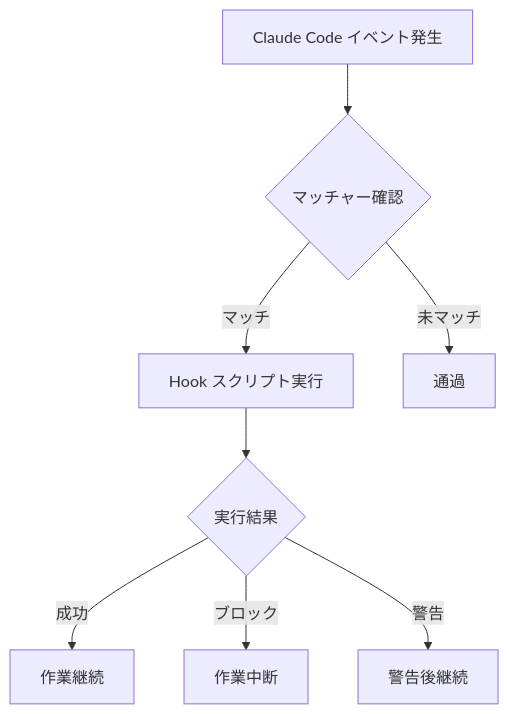
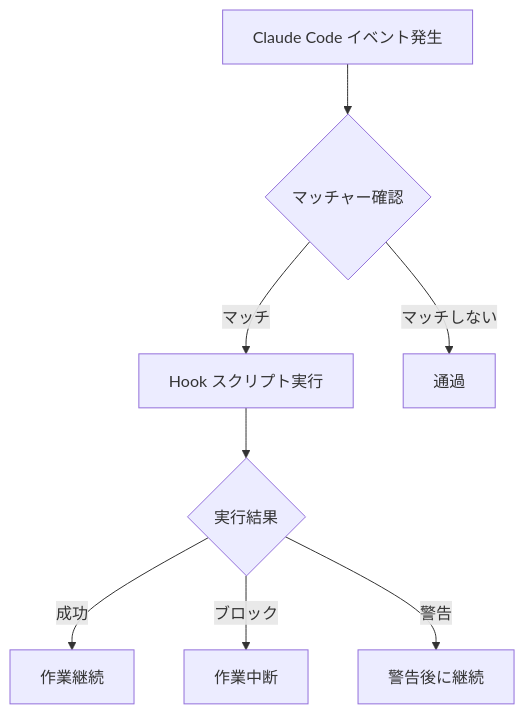
Before and after one commit to modu-ai/moai-adk: the first of 2 diagrams in docs-site/content/ja/advanced/hooks-guide.md, drawn with Mermaid. The commit also changed other lines of this file and 395 other files, not shown here.

````diff
--- a/docs-site/content/ja/advanced/hooks-guide.md
+++ b/docs-site/content/ja/advanced/hooks-guide.md
@@ -19,12 +19,12 @@
 ```mermaid
 flowchart TD
     EVENT["Claude Code イベント発生"] --> MATCH{マッチャー確認}
 
     MATCH -->|マッチ| HOOK["Hook スクリプト実行"]
-    MATCH -->|未マッチ| SKIP["通過"]
+    MATCH -->|マッチしない| SKIP["通過"]
 
     HOOK --> RESULT{実行結果}
     RESULT -->|成功| CONTINUE["作業継続"]
     RESULT -->|ブロック| BLOCK["作業中断"]
-    RESULT -->|警告| WARN["警告後継続"]
+    RESULT -->|警告| WARN["警告後に継続"]
 ```
````
